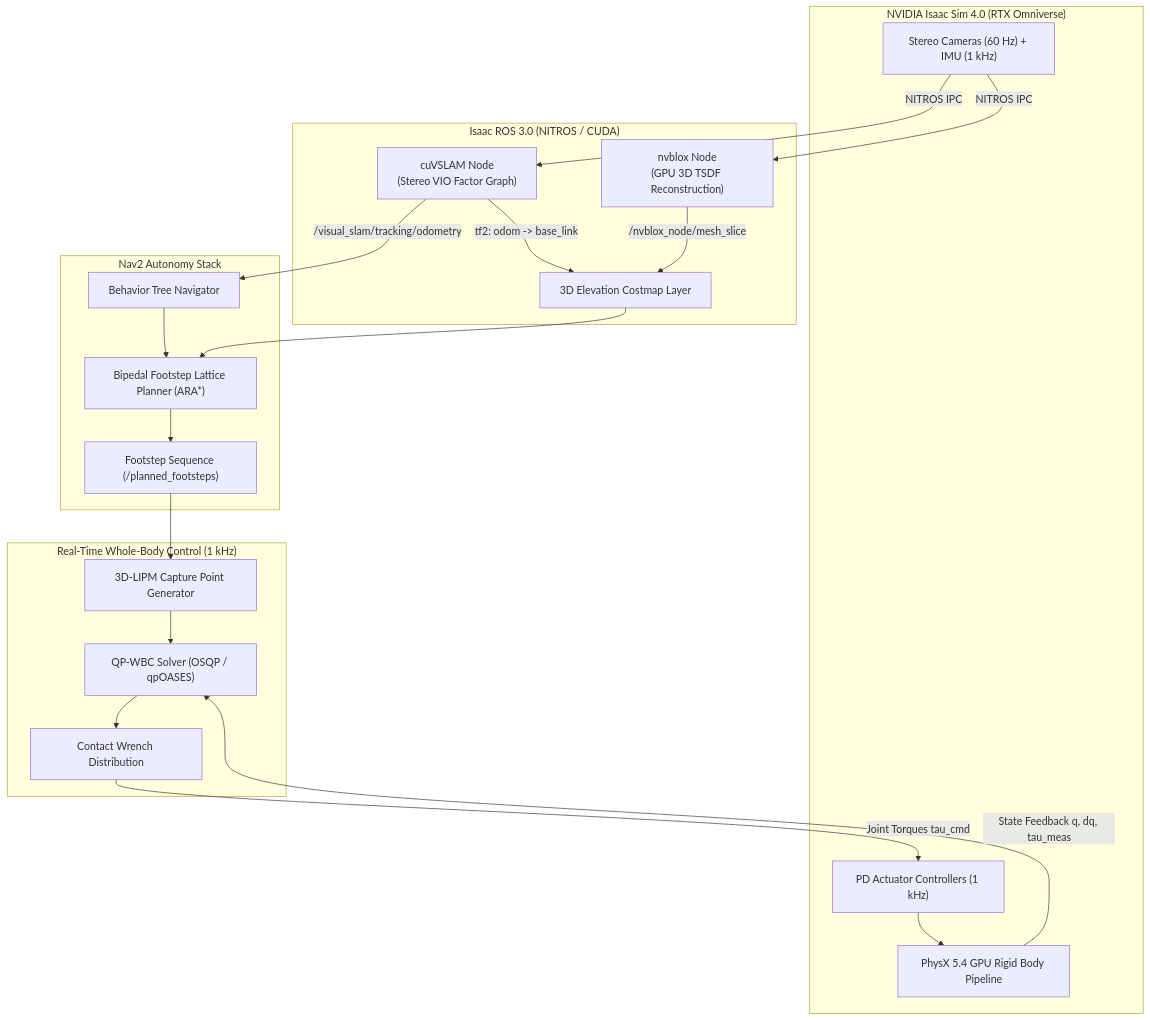
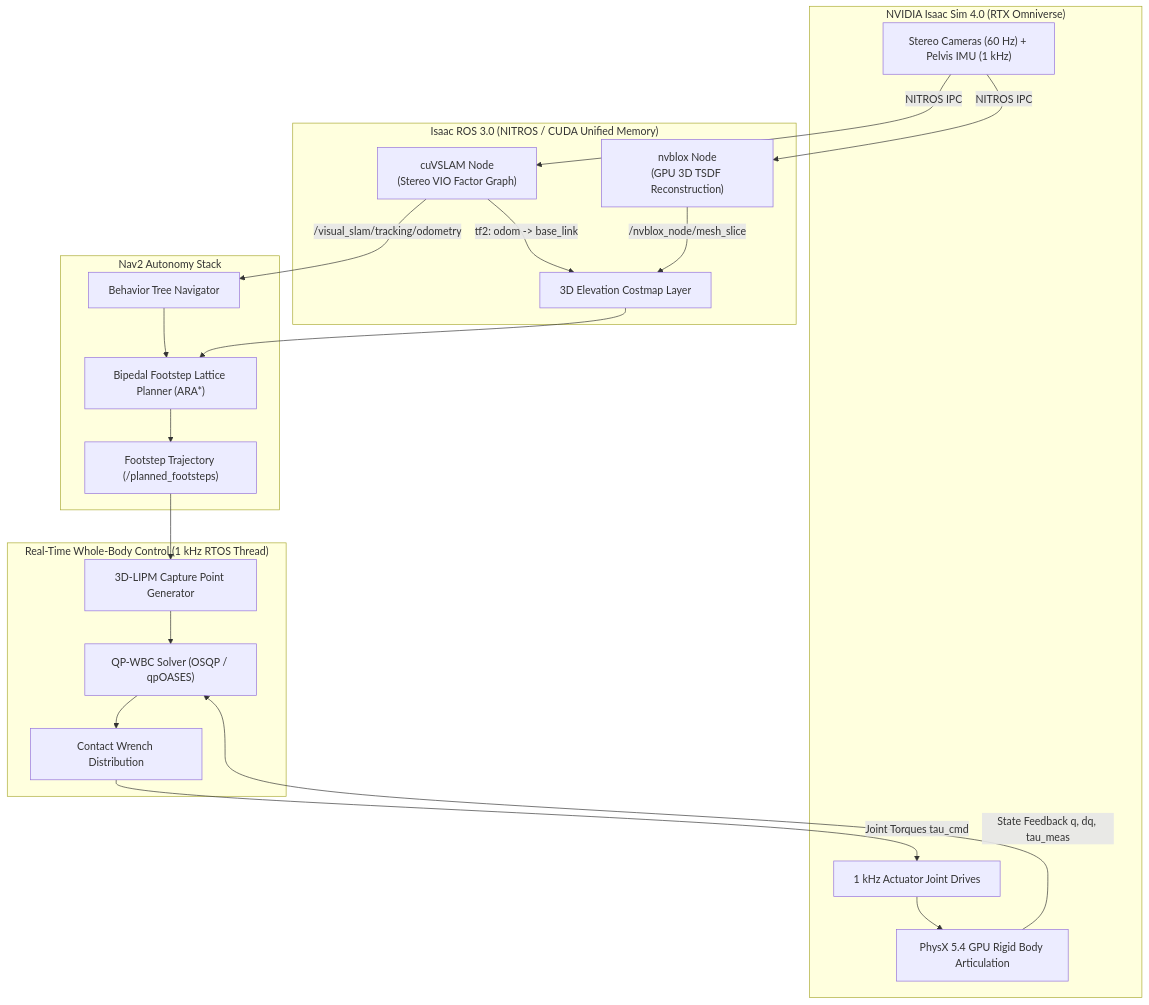
The diagram in ai-book-docs/module3-ai-robot-brain/3-5-hands-on-exercises.mdx (MudassirT/Physical-AI-Humanoid-Robotics), drawn with Mermaid before and after one commit. The commit also changed other lines of this file and 1 other file, not shown here.

Commit message:
docs(module3): enrich Nav2 bipedal navigation and Isaac lab practical projects

````diff
--- a/ai-book-docs/module3-ai-robot-brain/3-5-hands-on-exercises.mdx
+++ b/ai-book-docs/module3-ai-robot-brain/3-5-hands-on-exercises.mdx
@@ -19,41 +16,41 @@
 ```mermaid
 flowchart TD
     subgraph IsaacSim ["NVIDIA Isaac Sim 4.0 (RTX Omniverse)"]
-        Sensors["Stereo Cameras (60 Hz) + IMU (1 kHz)"]
-        Physics["PhysX 5.4 GPU Rigid Body Pipeline"]
-        JointDrives["PD Actuator Controllers (1 kHz)"]
+        Sensors["Stereo Cameras (60 Hz) + Pelvis IMU (1 kHz)"]
+        Physics["PhysX 5.4 GPU Rigid Body Articulation"]
+        JointDrives["1 kHz Actuator Joint Drives"]
     end
 
-    subgraph GPUPerception ["Isaac ROS 3.0 (NITROS / CUDA)"]
+    subgraph GPUPerception ["Isaac ROS 3.0 (NITROS / CUDA Unified Memory)"]
         cuVSLAM["cuVSLAM Node<br/>(Stereo VIO Factor Graph)"]
         Nvblox["nvblox Node<br/>(GPU 3D TSDF Reconstruction)"]
         Costmap3D["3D Elevation Costmap Layer"]
     end
 
     subgraph NavStack ["Nav2 Autonomy Stack"]
         BTNav["Behavior Tree Navigator"]
         LatticePlanner["Bipedal Footstep Lattice Planner (ARA*)"]
-        FootstepPub["Footstep Sequence (/planned_footsteps)"]
+        FootstepPub["Footstep Trajectory (/planned_footsteps)"]
     end
 
-    subgraph ControlLoop ["Real-Time Whole-Body Control (1 kHz)"]
+    subgraph ControlLoop ["Real-Time Whole-Body Control (1 kHz RTOS Thread)"]
         LIPM["3D-LIPM Capture Point Generator"]
         QPSolver["QP-WBC Solver (OSQP / qpOASES)"]
         WrenchDist["Contact Wrench Distribution"]
     end
 
     Sensors -->|NITROS IPC| cuVSLAM
     Sensors -->|NITROS IPC| Nvblox
     cuVSLAM -->|/visual_slam/tracking/odometry| BTNav
     cuVSLAM -->|tf2: odom -> base_link| Costmap3D
     Nvblox -->|/nvblox_node/mesh_slice| Costmap3D
     Costmap3D --> LatticePlanner
     BTNav --> LatticePlanner
     LatticePlanner --> FootstepPub
     FootstepPub --> LIPM
     LIPM --> QPSolver
     QPSolver --> WrenchDist
     WrenchDist -->|Joint Torques tau_cmd| JointDrives
     JointDrives --> Physics
     Physics -->|State Feedback q, dq, tau_meas| QPSolver
 ```
````
